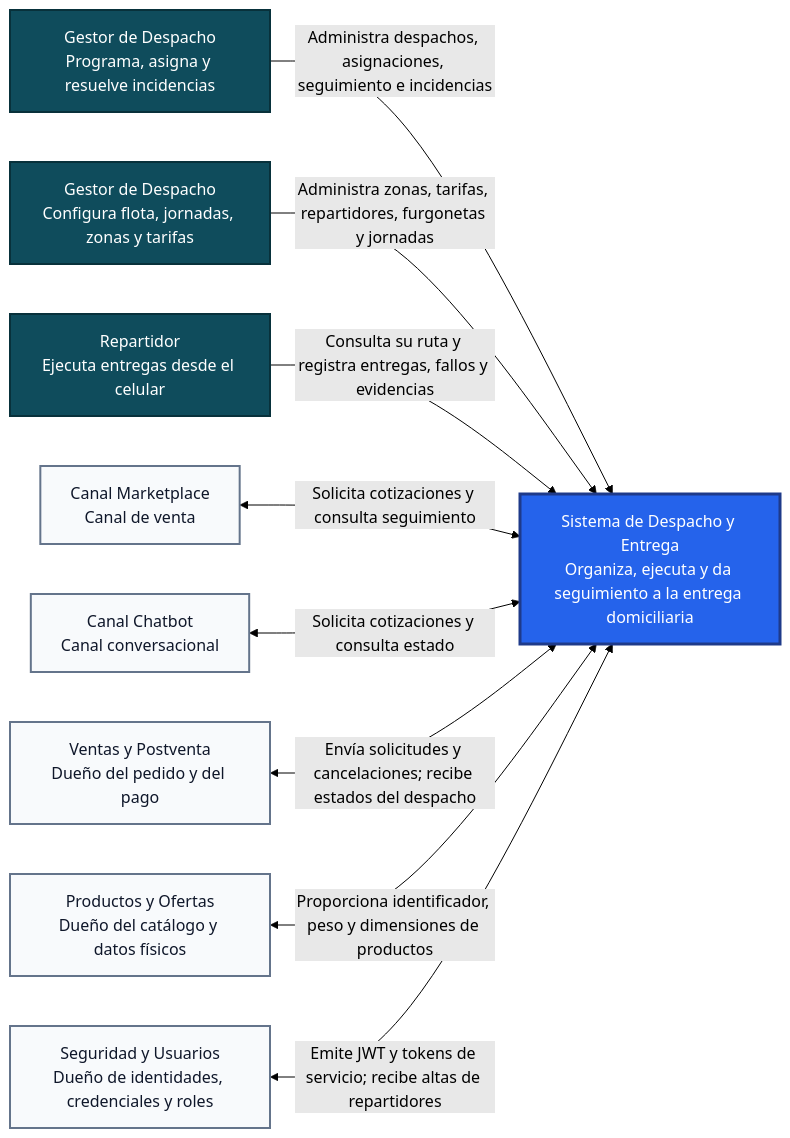
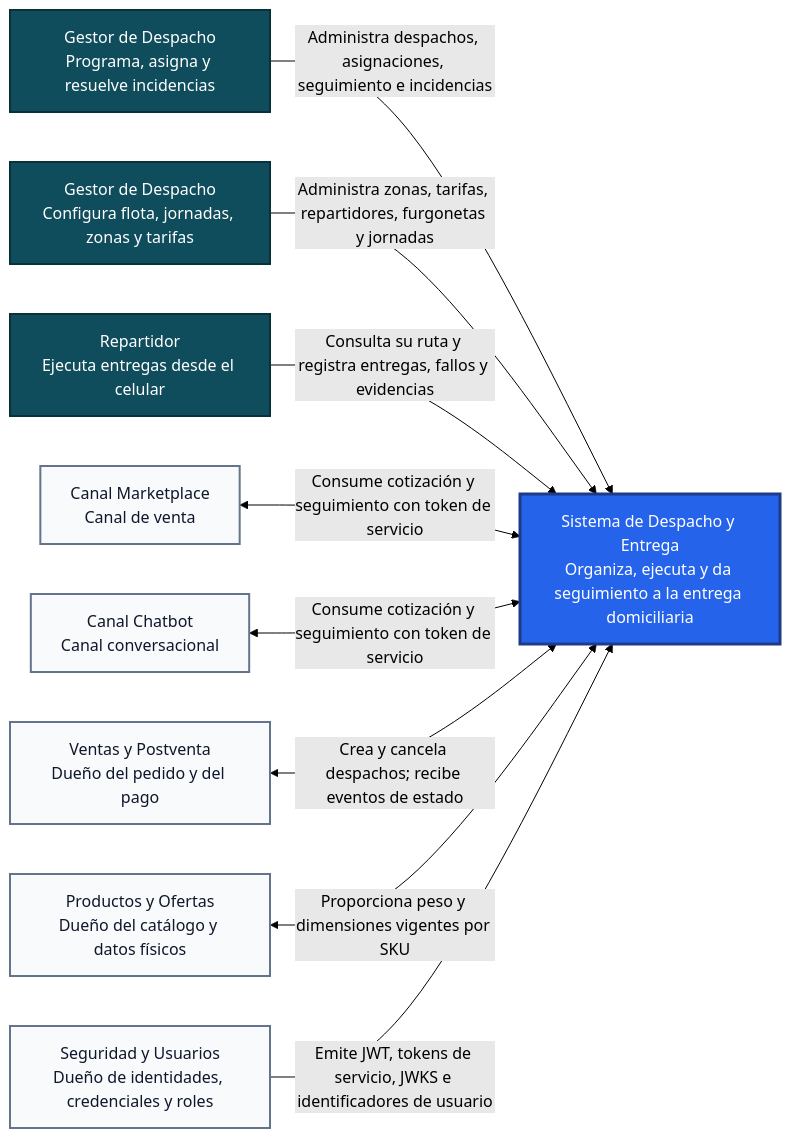
Before and after one commit to Taller-SW-Web/G2-Despacho-Specs: the diagram in arquitectura/c4-contexto.md, drawn with Mermaid (forest theme). The commit also changed other lines of this file and 2 other files, not shown here.

Commit message:
docs: alinear arquitectura con contratos externos

````diff
--- a/arquitectura/c4-contexto.md
+++ b/arquitectura/c4-contexto.md
@@ -9,28 +9,28 @@
 ```mermaid
 flowchart LR
     classDef persona fill:#0F4C5C,color:#FFFFFF,stroke:#08313B,stroke-width:2px
     classDef sistema fill:#2563EB,color:#FFFFFF,stroke:#1E3A8A,stroke-width:3px
     classDef externo fill:#F8FAFC,color:#0F172A,stroke:#64748B,stroke-width:2px
 
     GD["Gestor de Despacho<br/>Programa, asigna y resuelve incidencias"]:::persona
     GF["Gestor de Despacho<br/>Configura flota, jornadas, zonas y tarifas"]:::persona
     REP["Repartidor<br/>Ejecuta entregas desde el celular"]:::persona
 
     DESP["Sistema de Despacho y Entrega<br/>Organiza, ejecuta y da seguimiento a la entrega domiciliaria"]:::sistema
 
     MKT["Canal Marketplace<br/>Canal de venta"]:::externo
     CHT["Canal Chatbot<br/>Canal conversacional"]:::externo
     VEN["Ventas y Postventa<br/>Dueño del pedido y del pago"]:::externo
     PRO["Productos y Ofertas<br/>Dueño del catálogo y datos físicos"]:::externo
     SEG["Seguridad y Usuarios<br/>Dueño de identidades, credenciales y roles"]:::externo
 
     GD -->|"Administra despachos, asignaciones, seguimiento e incidencias"| DESP
     GF -->|"Administra zonas, tarifas, repartidores, furgonetas y jornadas"| DESP
     REP -->|"Consulta su ruta y registra entregas, fallos y evidencias"| DESP
 
-    MKT <-->|"Solicita cotizaciones y consulta seguimiento"| DESP
-    CHT <-->|"Solicita cotizaciones y consulta estado"| DESP
-    VEN <-->|"Envía solicitudes y cancelaciones; recibe estados del despacho"| DESP
-    PRO <-->|"Proporciona identificador, peso y dimensiones de productos"| DESP
-    SEG <-->|"Emite JWT y tokens de servicio; recibe altas de repartidores"| DESP
+    MKT <-->|"Consume cotización y seguimiento con token de servicio"| DESP
+    CHT <-->|"Consume cotización y seguimiento con token de servicio"| DESP
+    VEN <-->|"Crea y cancela despachos; recibe eventos de estado"| DESP
+    PRO <-->|"Proporciona peso y dimensiones vigentes por SKU"| DESP
+    SEG -->|"Emite JWT, tokens de servicio, JWKS e identificadores de usuario"| DESP
 ```
````
